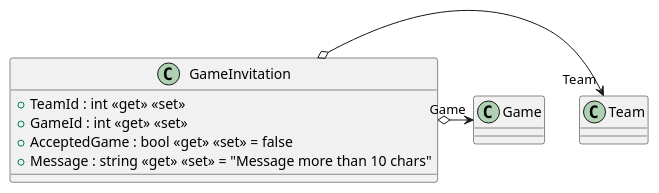
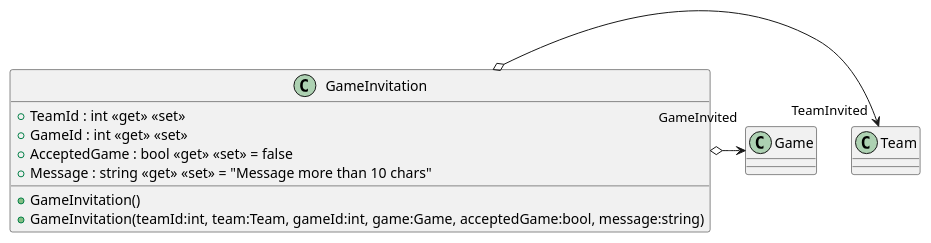
The diagram in src/AppForSEII.API/ClassDiagram/GameInvitation.puml (SEII2627SEALLUAN/SEII2627SEALLUAN), drawn with PlantUML before and after one commit. The commit also changed 13 other files, not shown here.

Commit message:
- finish the definition of its classes of Model folowing the instructions of the previous week. - create the different relationships included in its UC diagram.

```diff
--- a/src/AppForSEII.API/ClassDiagram/GameInvitation.puml
+++ b/src/AppForSEII.API/ClassDiagram/GameInvitation.puml
@@ -1,10 +1,12 @@
 @startuml
 class GameInvitation {
+    + GameInvitation()
+    + GameInvitation(teamId:int, team:Team, gameId:int, game:Game, acceptedGame:bool, message:string)
     + TeamId : int <<get>> <<set>>
     + GameId : int <<get>> <<set>>
     + AcceptedGame : bool <<get>> <<set>> = false
     + Message : string <<get>> <<set>> = "Message more than 10 chars"
 }
-GameInvitation o-> "Team" Team
-GameInvitation o-> "Game" Game
+GameInvitation o-> "TeamInvited" Team
+GameInvitation o-> "GameInvited" Game
 @enduml
```
